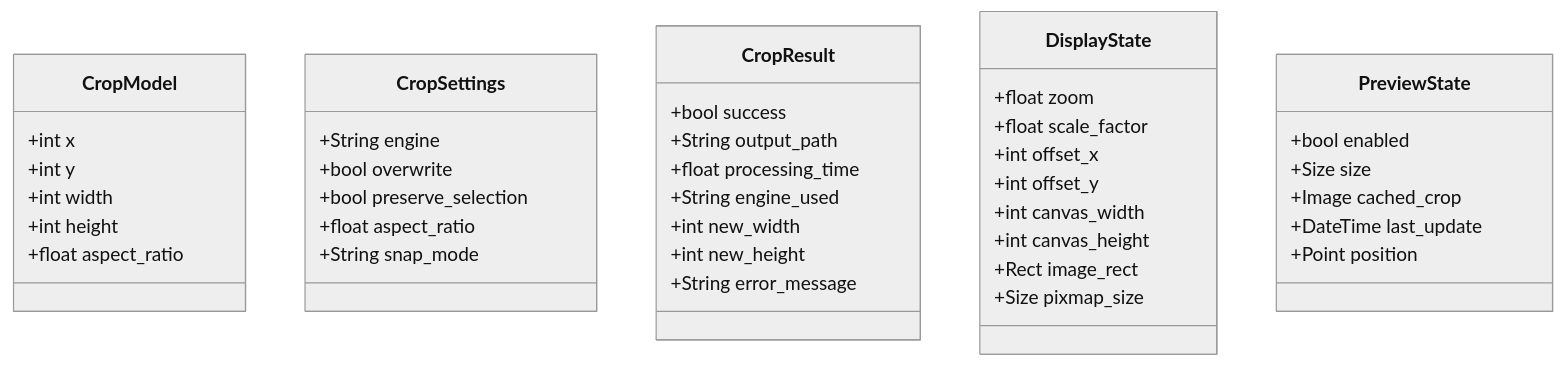
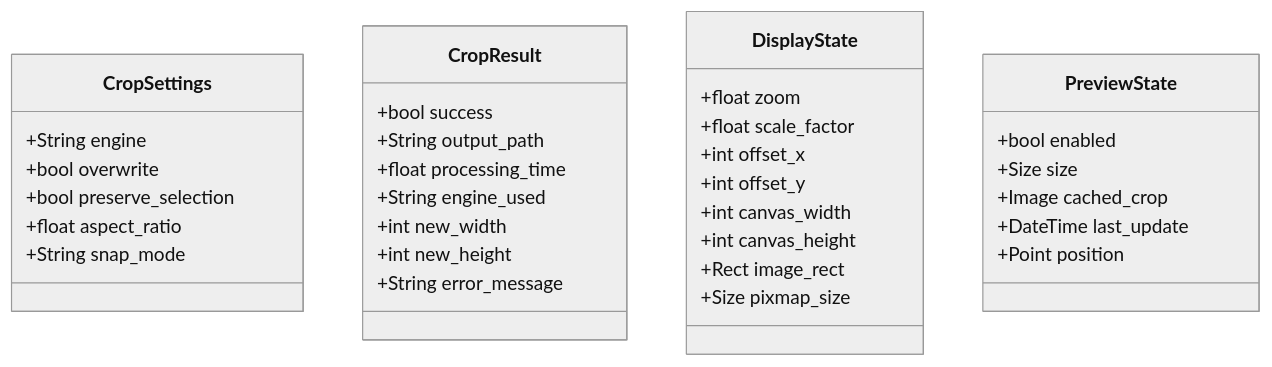
Before and after one commit to alejandronbachi/lossless-crop: the diagram in docs/proposals/tentative_models.md, drawn with Mermaid (neutral theme). The commit also changed 2 other files, not shown here.

Commit message:
updated models, moved old docs

````diff
--- a/docs/proposals/tentative_models.md
+++ b/docs/proposals/tentative_models.md
@@ -1,48 +1,41 @@
 ```mermaid
 classDiagram
 
-    class CropModel {
-        +int x
-        +int y
-        +int width
-        +int height
-        +float aspect_ratio
-    }
-
+  
     class CropSettings {
         +String engine
         +bool overwrite
         +bool preserve_selection
         +float aspect_ratio
         +String snap_mode
     }
 
     class CropResult {
         +bool success
         +String output_path
         +float processing_time
         +String engine_used
         +int new_width
         +int new_height
         +String error_message
     }
 
     class DisplayState {
         +float zoom
         +float scale_factor
         +int offset_x
         +int offset_y
         +int canvas_width
         +int canvas_height
         +Rect image_rect
         +Size pixmap_size
     }
 
     class PreviewState {
         +bool enabled
         +Size size
         +Image cached_crop
         +DateTime last_update
         +Point position
     }
 ```
````
